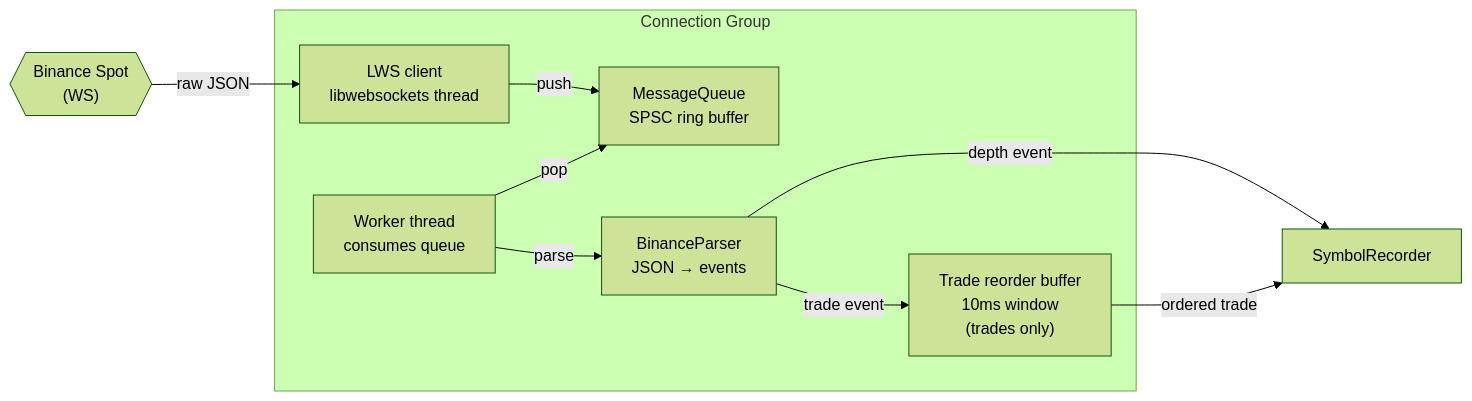
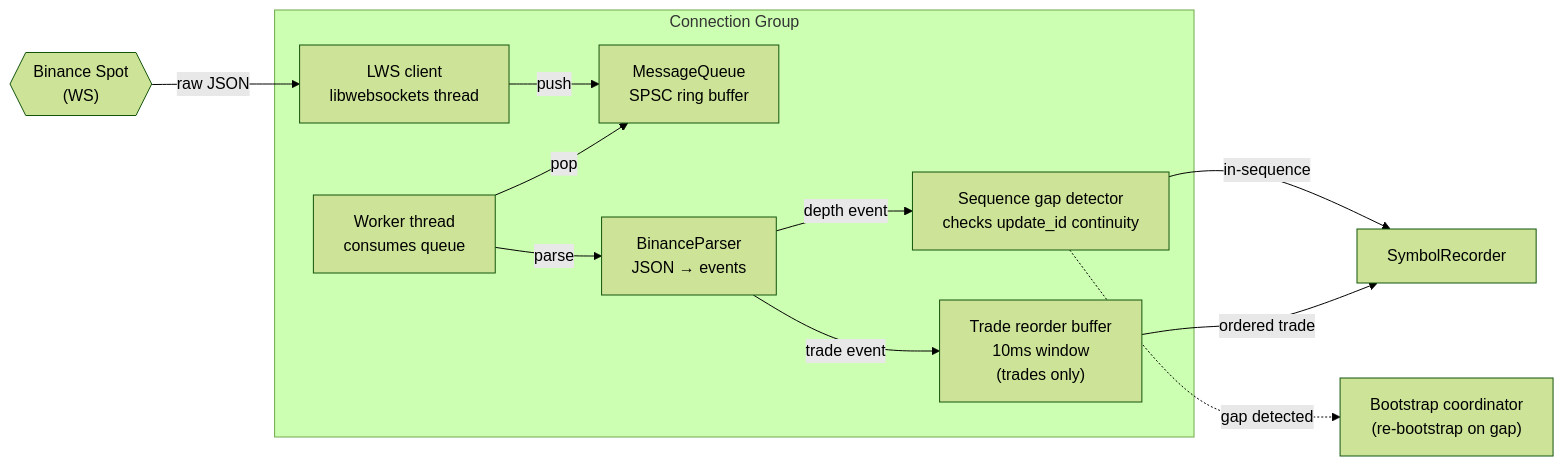
One commit to sardis-trading/trading-architecture changed the second of 3 diagrams in 02-components/feed-archiver.md. Above: the diagram before and after it, drawn with Mermaid (forest theme). The commit also changed other lines of this file, not shown here.

First line of the commit message:
Add mid-flight gap detection and recovery to feed_archiver Level 3

````diff
--- a/02-components/feed-archiver.md
+++ b/02-components/feed-archiver.md
@@ -47,23 +47,27 @@
 ```mermaid
 flowchart LR
     binance{{"Binance Spot<br/>(WS)"}}
 
     binance -->|raw JSON| lws
 
     subgraph group["Connection Group"]
         lws["LWS client<br/>libwebsockets thread"]
         queue["MessageQueue<br/>SPSC ring buffer"]
         worker["Worker thread<br/>consumes queue"]
         parser["BinanceParser<br/>JSON → events"]
+        seqcheck["Sequence gap detector<br/>checks update_id continuity"]
         reorder["Trade reorder buffer<br/>10ms window<br/>(trades only)"]
     end
 
     recorder["SymbolRecorder"]
+    bootstrap["Bootstrap coordinator<br/>(re-bootstrap on gap)"]
 
     lws -->|push| queue
     worker -->|pop| queue
     worker -->|parse| parser
-    parser -->|depth event| recorder
+    parser -->|depth event| seqcheck
     parser -->|trade event| reorder
+    seqcheck -->|in-sequence| recorder
+    seqcheck -.->|gap detected| bootstrap
     reorder -->|ordered trade| recorder
 ```
````
